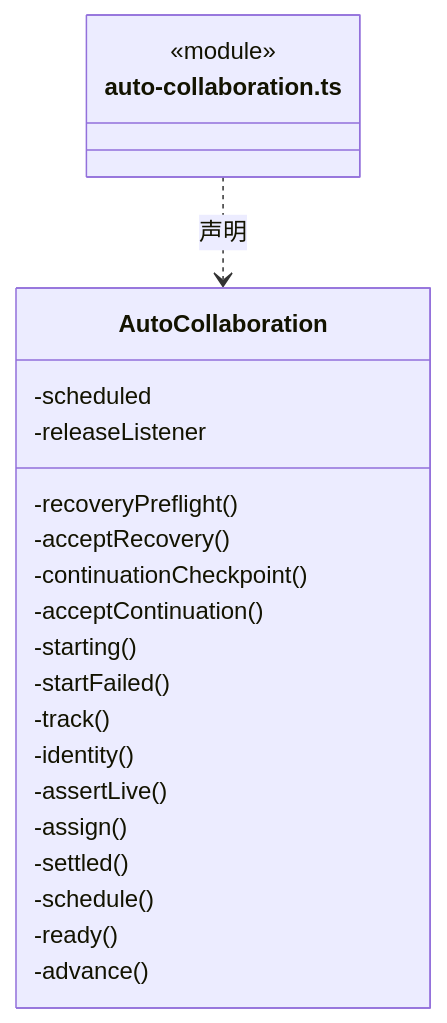
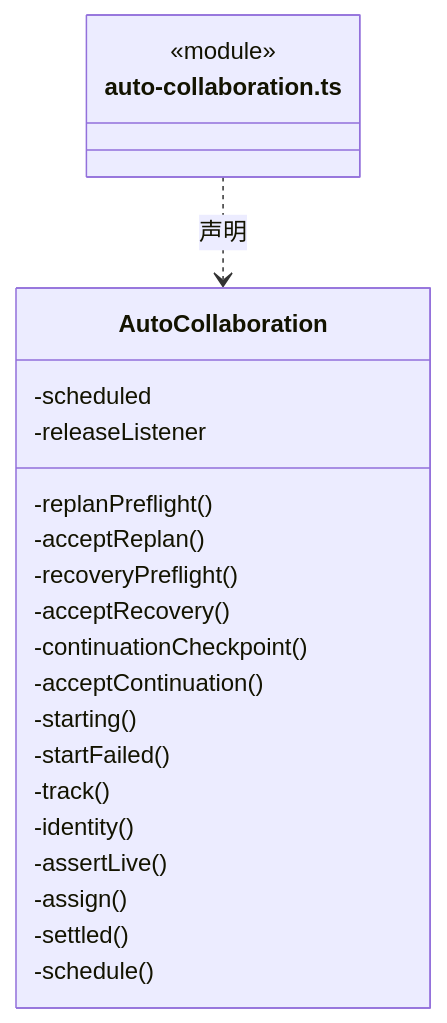
One commit to nan023062/cbim changed the third of 38 diagrams in src/backend/scheduler-engine/execution/ARCHITECTURE.md. Above: the diagram before and after it, drawn with Mermaid. The commit also changed other lines of this file and 53 other files, not shown here.

````diff
--- a/src/backend/scheduler-engine/execution/ARCHITECTURE.md
+++ b/src/backend/scheduler-engine/execution/ARCHITECTURE.md
@@ -115,25 +116,25 @@
 ```mermaid
 classDiagram
 class N_src_backend_scheduler_engine_execution_auto_collaboration_ts["auto-collaboration.ts"] {
   <<module>>
 }
 class N_src_backend_scheduler_engine_execution_auto_collaboration_ts_AutoCollaboration["AutoCollaboration"] {
   -scheduled
   -releaseListener
+  -replanPreflight()
+  -acceptReplan()
   -recoveryPreflight()
   -acceptRecovery()
   -continuationCheckpoint()
   -acceptContinuation()
   -starting()
   -startFailed()
   -track()
   -identity()
   -assertLive()
   -assign()
   -settled()
   -schedule()
-  -ready()
-  -advance()
 }
 N_src_backend_scheduler_engine_execution_auto_collaboration_ts ..> N_src_backend_scheduler_engine_execution_auto_collaboration_ts_AutoCollaboration : 声明
 ```
````
